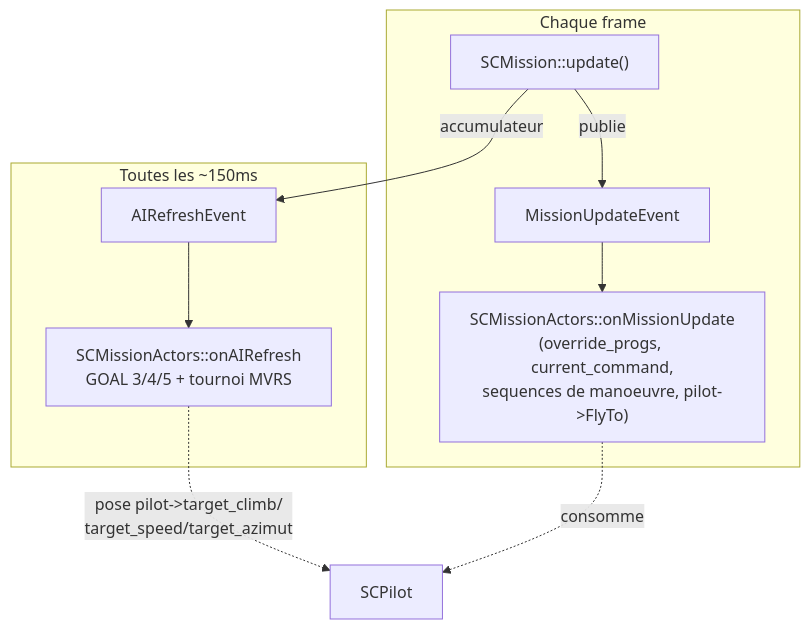
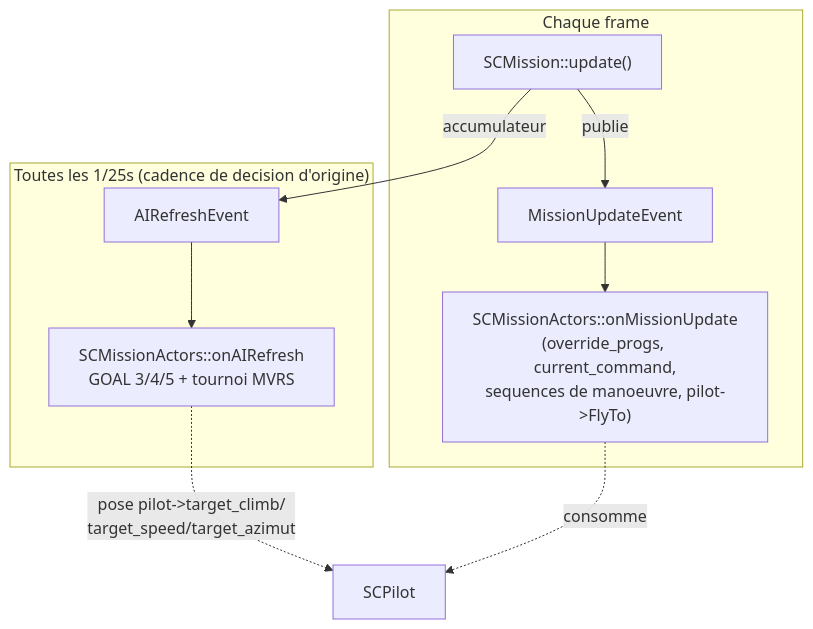
One commit to remileonard/strike_commander_re changed the diagram in analysis/AI_IMPLEMENTATION_GUIDE.md. Above: the diagram before and after it, drawn with Mermaid. The commit also changed other lines of this file and 47 other files, not shown here.

````diff
--- a/analysis/AI_IMPLEMENTATION_GUIDE.md
+++ b/analysis/AI_IMPLEMENTATION_GUIDE.md
@@ -14,13 +14,13 @@
 ```mermaid
 flowchart TD
     subgraph Frame["Chaque frame"]
         U["SCMission::update()"] -->|publie| MU["MissionUpdateEvent"]
         MU --> OMU["SCMissionActors::onMissionUpdate<br/>(override_progs, current_command,<br/>sequences de manoeuvre, pilot->FlyTo)"]
     end
-    subgraph Throttle["Toutes les ~150ms"]
+    subgraph Throttle["Toutes les 1/25s (cadence de decision d'origine)"]
         U -->|accumulateur| AIR["AIRefreshEvent"]
         AIR --> OAR["SCMissionActors::onAIRefresh<br/>GOAL 3/4/5 + tournoi MVRS"]
     end
     OAR -.->|pose pilot->target_climb/<br/>target_speed/target_azimut| SP["SCPilot"]
     OMU -.->|consomme| SP
 ```
````
